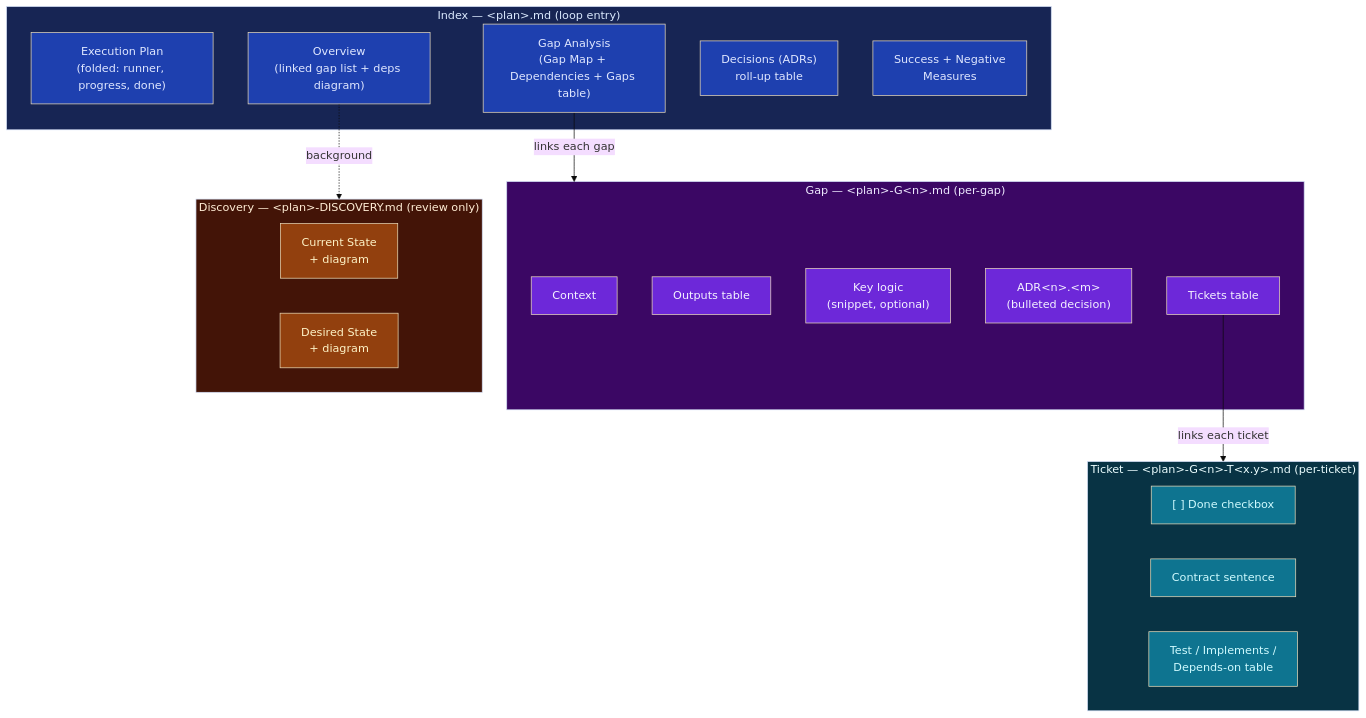
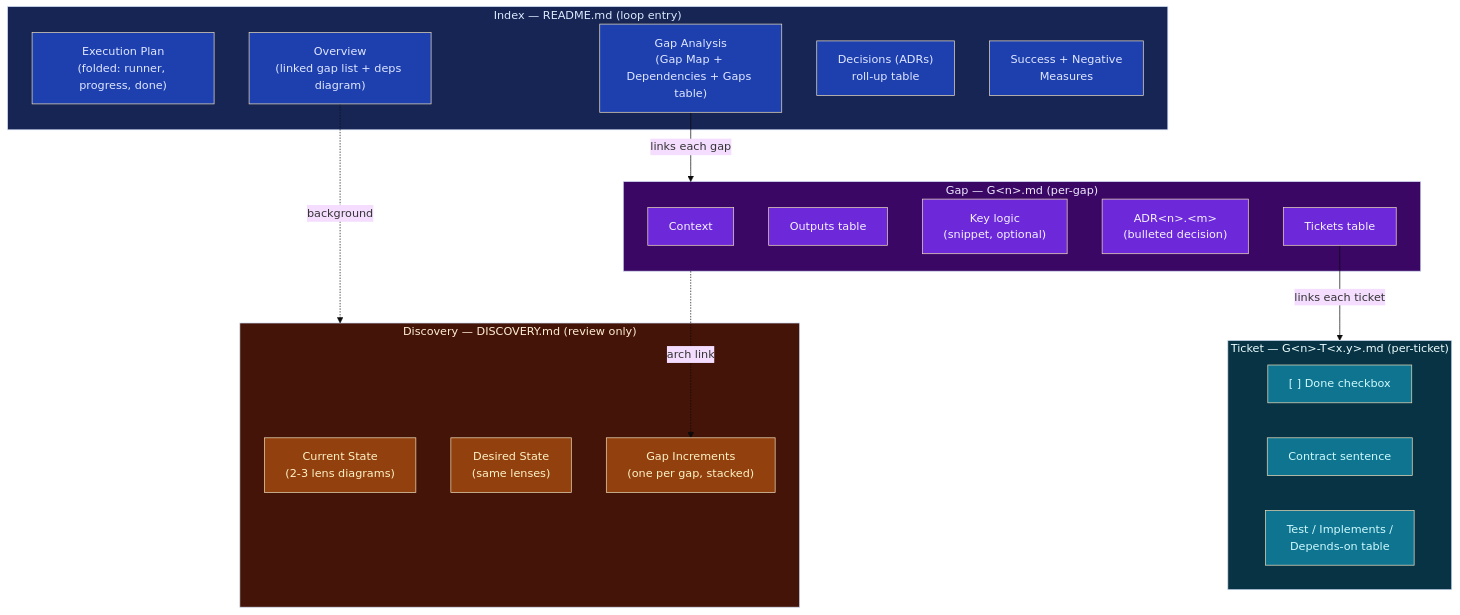
Before and after one commit to neozenith/agentic-dotfiles: the second of 3 diagrams in skills/plan-gap/README.md, drawn with Mermaid (base theme). The commit also changed other lines of this file and 12 other files, not shown here.

Commit message:
feat: large refactor of plan-gap

````diff
--- a/skills/plan-gap/README.md
+++ b/skills/plan-gap/README.md
@@ -118,48 +119,50 @@
 ```mermaid
 flowchart TD
-    subgraph IDX["Index — &lt;plan&gt;.md (loop entry)"]
+    subgraph IDX["Index — README.md (loop entry)"]
         EP["Execution Plan<br/>(folded: runner, progress, done)"]
         OV["Overview<br/>(linked gap list + deps diagram)"]
         GA["Gap Analysis<br/>(Gap Map + Dependencies + Gaps table)"]
         DEC["Decisions (ADRs)<br/>roll-up table"]
         SM["Success + Negative<br/>Measures"]
     end
 
-    subgraph GAP["Gap — &lt;plan&gt;-G&lt;n&gt;.md (per-gap)"]
+    subgraph GAP["Gap — G&lt;n&gt;.md (per-gap)"]
         GC["Context"]
         GO["Outputs table"]
         GK["Key logic<br/>(snippet, optional)"]
         GADR["ADR&lt;n&gt;.&lt;m&gt;<br/>(bulleted decision)"]
         GT["Tickets table"]
     end
 
-    subgraph TKT["Ticket — &lt;plan&gt;-G&lt;n&gt;-T&lt;x.y&gt;.md (per-ticket)"]
+    subgraph TKT["Ticket — G&lt;n&gt;-T&lt;x.y&gt;.md (per-ticket)"]
         TD["[ ] Done checkbox"]
         TC["Contract sentence"]
         TT["Test / Implements /<br/>Depends-on table"]
     end
 
-    subgraph DISC["Discovery — &lt;plan&gt;-DISCOVERY.md (review only)"]
-        DCUR["Current State<br/>+ diagram"]
-        DDES["Desired State<br/>+ diagram"]
+    subgraph DISC["Discovery — DISCOVERY.md (review only)"]
+        DCUR["Current State<br/>(2-3 lens diagrams)"]
+        DDES["Desired State<br/>(same lenses)"]
+        DINC["Gap Increments<br/>(one per gap, stacked)"]
     end
 
     GA -->|"links each gap"| GAP
     GT -->|"links each ticket"| TKT
     OV -.background.-> DISC
+    GAP -.arch link.-> DINC
 
     classDef idxStyle fill:#1e40af,color:#e0e7ff
     classDef gapStyle fill:#6d28d9,color:#f5f3ff
     classDef tktStyle fill:#0e7490,color:#cffafe
     classDef discStyle fill:#92400e,color:#fef3c7
 
     class EP,OV,GA,DEC,SM idxStyle
     class GC,GO,GK,GADR,GT gapStyle
     class TD,TC,TT tktStyle
-    class DCUR,DDES discStyle
+    class DCUR,DDES,DINC discStyle
 
     style IDX fill:#172554,color:#dbeafe
     style GAP fill:#3b0764,color:#ede9fe
     style TKT fill:#083344,color:#ecfeff
     style DISC fill:#431407,color:#ffedd5
 ```
````
